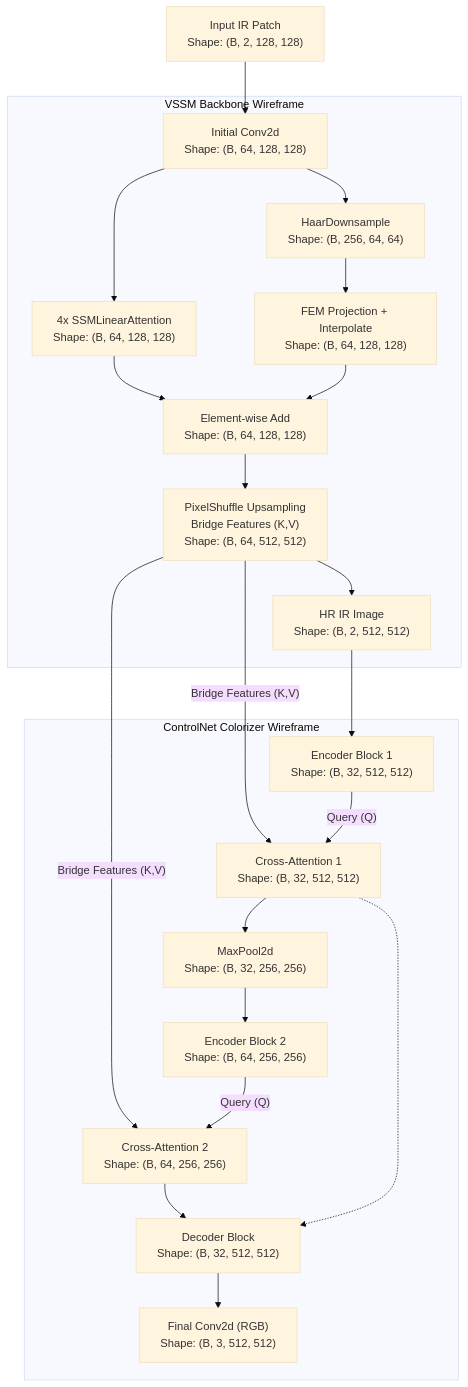
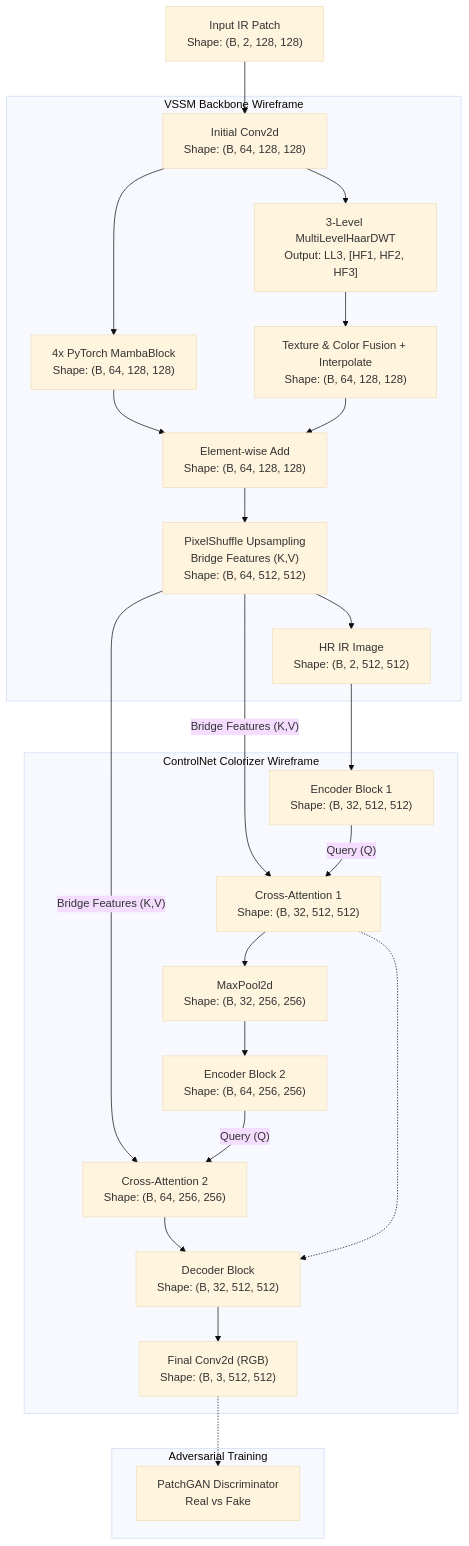
One commit to rohit-debnath24/IR-Image-Colouring changed the third of 3 diagrams in docs/v2_architecture.md. Above: the diagram before and after it, drawn with Mermaid (base theme). The commit also changed other lines of this file and 2 other files, not shown here.

Commit message:
changes in ipynb

````diff
--- a/docs/v2_architecture.md
+++ b/docs/v2_architecture.md
@@ -73,50 +75,57 @@
 ```mermaid
 flowchart TD
     %% Input
     Input["Input IR Patch\nShape: (B, 2, 128, 128)"]
   
     %% VSSM Block Wireframe
     subgraph "VSSM Backbone Wireframe"
         Conv1["Initial Conv2d\nShape: (B, 64, 128, 128)"]
-        SSM["4x SSMLinearAttention\nShape: (B, 64, 128, 128)"]
-        Haar["HaarDownsample\nShape: (B, 256, 64, 64)"]
-        FEMProj["FEM Projection + Interpolate\nShape: (B, 64, 128, 128)"]
+        SSM["4x PyTorch MambaBlock\nShape: (B, 64, 128, 128)"]
+        Haar["3-Level MultiLevelHaarDWT\nOutput: LL3, [HF1, HF2, HF3]"]
+        FEMProj["Texture & Color Fusion + Interpolate\nShape: (B, 64, 128, 128)"]
         Fusion["Element-wise Add\nShape: (B, 64, 128, 128)"]
         PixShuff["PixelShuffle Upsampling\nBridge Features (K,V)\nShape: (B, 64, 512, 512)"]
         ConvOut["HR IR Image\nShape: (B, 2, 512, 512)"]
     end
   
     %% ControlNet Wireframe
     subgraph "ControlNet Colorizer Wireframe"
         Enc1["Encoder Block 1\nShape: (B, 32, 512, 512)"]
         CA1["Cross-Attention 1\nShape: (B, 32, 512, 512)"]
         Pool1["MaxPool2d\nShape: (B, 32, 256, 256)"]
       
         Enc2["Encoder Block 2\nShape: (B, 64, 256, 256)"]
         CA2["Cross-Attention 2\nShape: (B, 64, 256, 256)"]
       
         Dec1["Decoder Block\nShape: (B, 32, 512, 512)"]
         Final["Final Conv2d (RGB)\nShape: (B, 3, 512, 512)"]
+    end
+
+    %% Training Discriminator
+    subgraph "Adversarial Training"
+        PatchGAN["PatchGAN Discriminator\nReal vs Fake"]
     end
   
     %% Connections
     Input --> Conv1
     Conv1 --> SSM
     Conv1 --> Haar --> FEMProj
     SSM --> Fusion
     FEMProj --> Fusion
     Fusion --> PixShuff
     PixShuff --> ConvOut
   
     PixShuff -- "Bridge Features (K,V)" --> CA1
     PixShuff -- "Bridge Features (K,V)" --> CA2
   
     ConvOut --> Enc1
     Enc1 -- "Query (Q)" --> CA1
     CA1 --> Pool1 --> Enc2
     Enc2 -- "Query (Q)" --> CA2
   
     CA2 --> Dec1
     CA1 -.-> Dec1
     Dec1 --> Final
+    
+    Final -.-> PatchGAN
 ```
````
